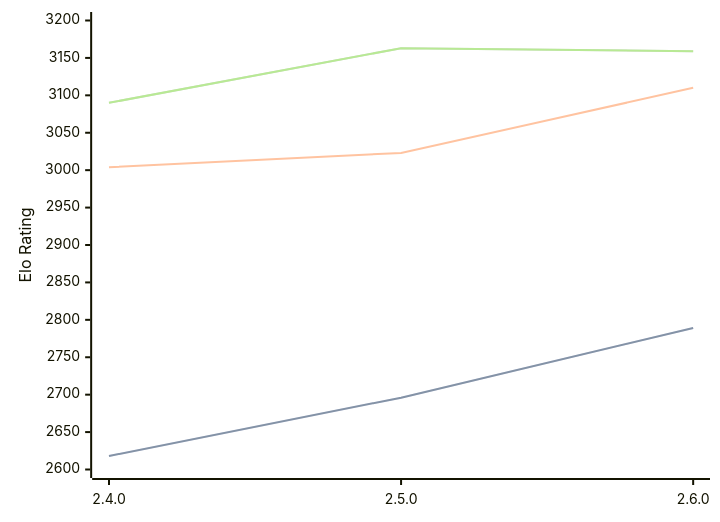
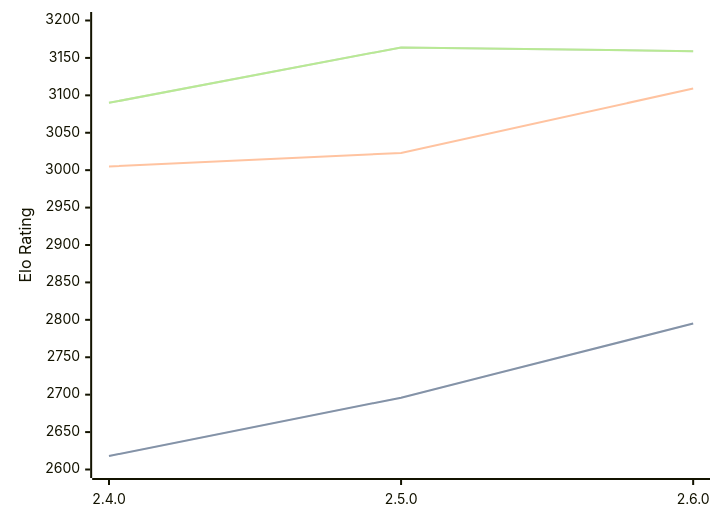
The diagram in engines/Sturddle2.md (computer-chess-index/cci), drawn with Mermaid before and after one commit. The commit also changed other lines of this file, not shown here.

Commit message:
Update CCI Ratings (ELO VLTC) - 2026-08-30

````diff
--- a/engines/Sturddle2.md
+++ b/engines/Sturddle2.md
@@ -33,11 +33,11 @@
 ```mermaid
 %%{init: {"theme":"base","themeVariables":{"seriesColors:['#a3a3a3','#222221','#faa371']}}}%%
 xychart-beta
   x-axis ["2.4.0", "2.5.0", "2.6.0"]
   y-axis "Elo Rating" 2600 --> 3200
-  line "" [2618, 2696, 2789]
-  line "STC (8.0+0.08s)" [2618, 2696, 2789]
-  line "LTC (60.0+0.60s)" [3004, 3023, 3110]
-  line "" [3090, 3163, 3159]
-  line "VLTC (2m24s+1.12s)" [3090, 3163, 3159]
+  line "" [2618, 2696, 2795]
+  line "STC (8.0+0.08s)" [2618, 2696, 2795]
+  line "LTC (60.0+0.60s)" [3005, 3023, 3109]
+  line "" [3090, 3164, 3159]
+  line "VLTC (2m24s+1.12s)" [3090, 3164, 3159]
 ```
````
